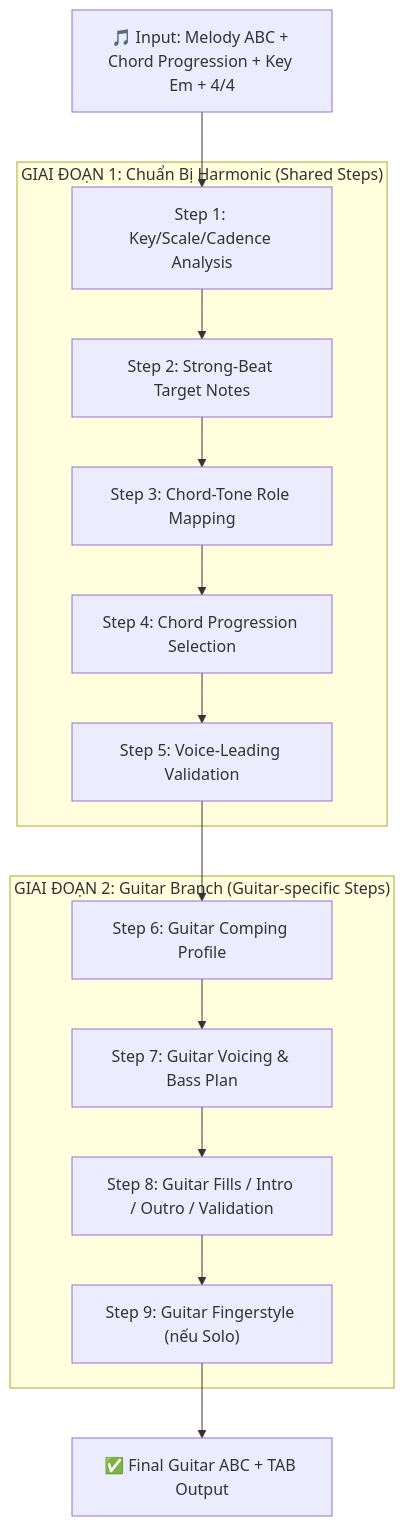
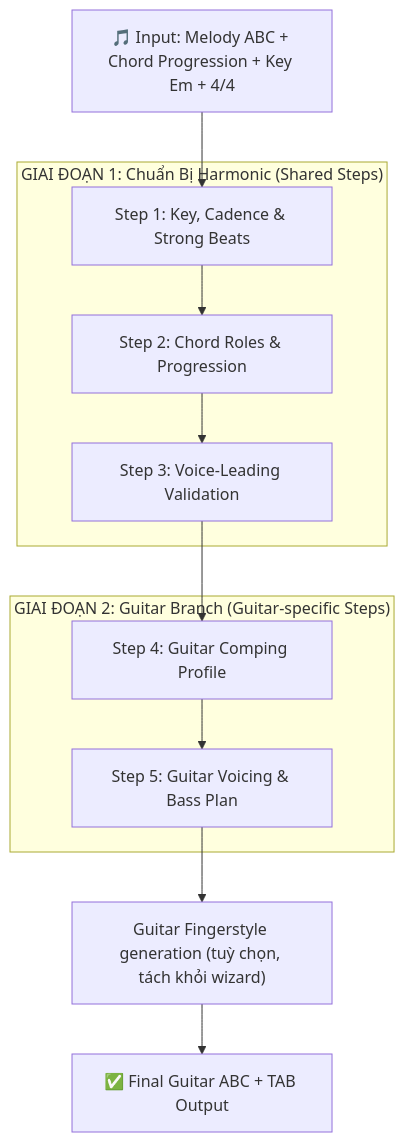
Before and after one commit to duyhunghd6/bhajan-song-composer: the second of 3 diagrams in docs/guitar-accompaniment-theory.md, drawn with Mermaid. The commit also changed other lines of this file and 17 other files, not shown here.

Commit message:
refactor(accompaniment): remove guitar polish step

````diff
--- a/docs/guitar-accompaniment-theory.md
+++ b/docs/guitar-accompaniment-theory.md
@@ -133,23 +133,20 @@
 ```mermaid
 flowchart TD
     A["🎵 Input: Melody ABC + Chord Progression + Key Em + 4/4"] --> B
 
     subgraph "GIAI ĐOẠN 1: Chuẩn Bị Harmonic (Shared Steps)"
-        B["Step 1: Key/Scale/Cadence Analysis"]
-        B --> C["Step 2: Strong-Beat Target Notes"]
-        C --> D["Step 3: Chord-Tone Role Mapping"]
-        D --> E["Step 4: Chord Progression Selection"]
-        E --> F["Step 5: Voice-Leading Validation"]
+        B["Step 1: Key, Cadence & Strong Beats"]
+        B --> C["Step 2: Chord Roles & Progression"]
+        C --> D["Step 3: Voice-Leading Validation"]
     end
 
-    F --> G
+    D --> G
 
     subgraph "GIAI ĐOẠN 2: Guitar Branch (Guitar-specific Steps)"
-        G["Step 6: Guitar Comping Profile"]
-        G --> H["Step 7: Guitar Voicing & Bass Plan"]
-        H --> I["Step 8: Guitar Fills / Intro / Outro / Validation"]
-        I --> J["Step 9: Guitar Fingerstyle (nếu Solo)"]
+        G["Step 4: Guitar Comping Profile"]
+        G --> H["Step 5: Guitar Voicing & Bass Plan"]
     end
 
+    H --> J["Guitar Fingerstyle generation (tuỳ chọn, tách khỏi wizard)"]
     J --> K["✅ Final Guitar ABC + TAB Output"]
 ```
````
